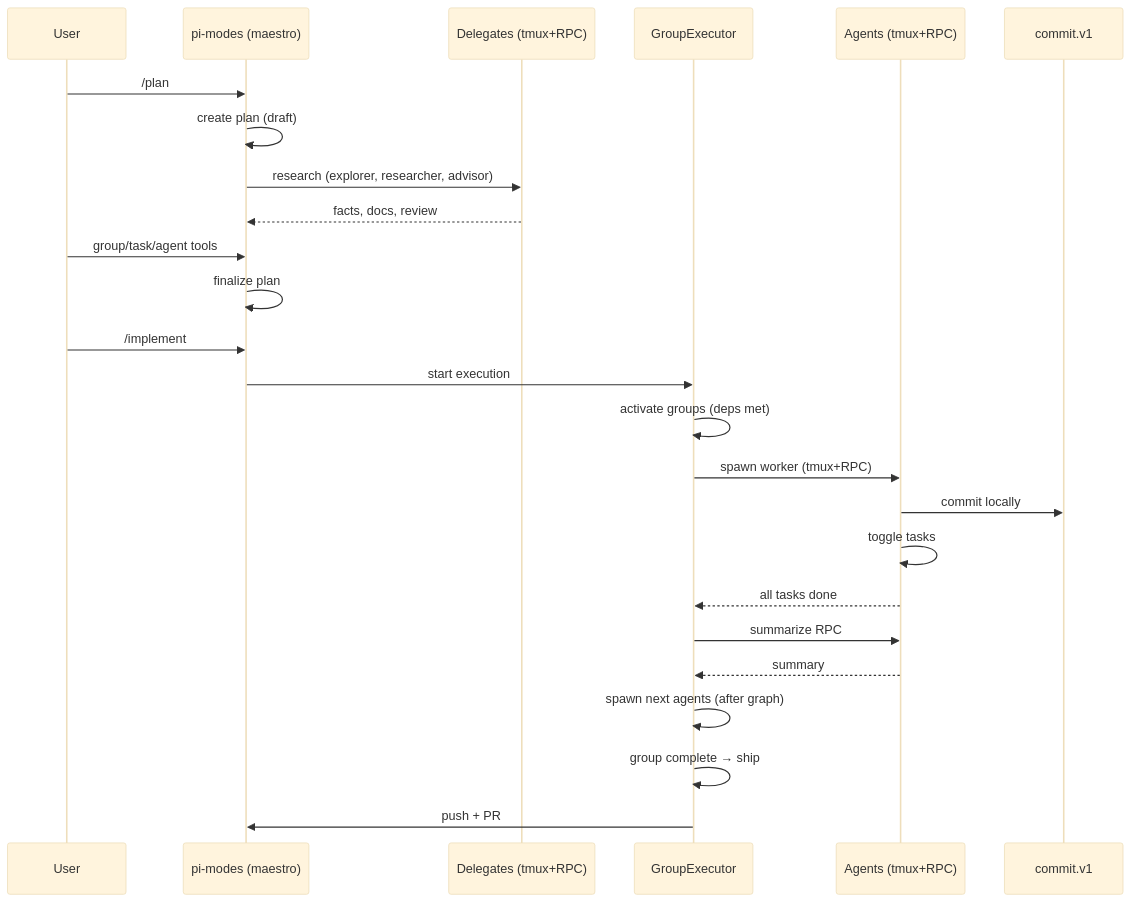
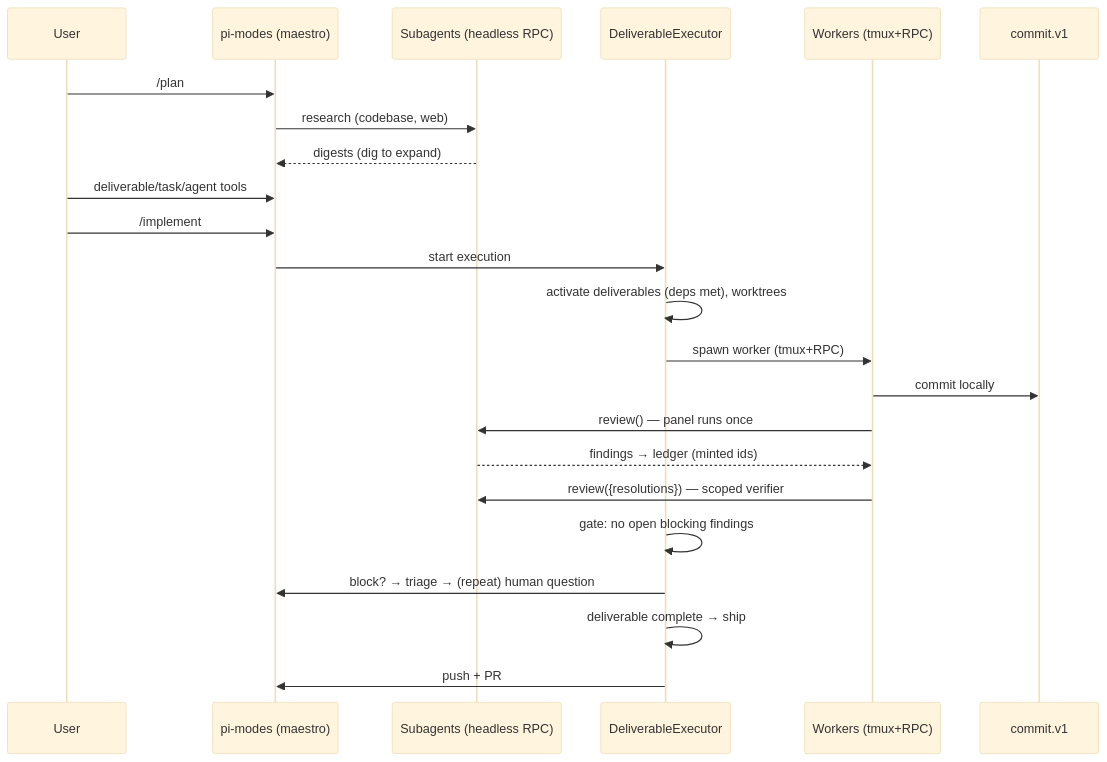
Before and after one commit to vegardx/pi-maestro: the second of 2 diagrams in docs/architecture.md, drawn with Mermaid (base theme). The commit also changed other lines of this file and 12 other files, not shown here.

First line of the commit message:
docs: rebuild against the deliverable model + drift gate

````diff
--- a/docs/architecture.md
+++ b/docs/architecture.md
@@ -84,28 +111,26 @@
 ```mermaid
 sequenceDiagram
 	participant User
 	participant Maestro as pi-modes (maestro)
-	participant Delegates as Delegates (tmux+RPC)
-	participant Executor as GroupExecutor
-	participant Agents as Agents (tmux+RPC)
+	participant Sub as Subagents (headless RPC)
+	participant Executor as DeliverableExecutor
+	participant Worker as Workers (tmux+RPC)
 	participant Commit as commit.v1
 
 	User->>Maestro: /plan
-	Maestro->>Maestro: create plan (draft)
-	Maestro->>Delegates: research (explorer, researcher, advisor)
-	Delegates-->>Maestro: facts, docs, review
-	User->>Maestro: group/task/agent tools
-	Maestro->>Maestro: finalize plan
+	Maestro->>Sub: research (codebase, web)
+	Sub-->>Maestro: digests (dig to expand)
+	User->>Maestro: deliverable/task/agent tools
 	User->>Maestro: /implement
 	Maestro->>Executor: start execution
-	Executor->>Executor: activate groups (deps met)
-	Executor->>Agents: spawn worker (tmux+RPC)
-	Agents->>Commit: commit locally
-	Agents->>Agents: toggle tasks
-	Agents-->>Executor: all tasks done
-	Executor->>Agents: summarize RPC
-	Agents-->>Executor: summary
-	Executor->>Executor: spawn next agents (after graph)
-	Executor->>Executor: group complete → ship
+	Executor->>Executor: activate deliverables (deps met), worktrees
+	Executor->>Worker: spawn worker (tmux+RPC)
+	Worker->>Commit: commit locally
+	Worker->>Sub: review() — panel runs once
+	Sub-->>Worker: findings → ledger (minted ids)
+	Worker->>Sub: review({resolutions}) — scoped verifier
+	Executor->>Executor: gate: no open blocking findings
+	Executor->>Maestro: block? → triage → (repeat) human question
+	Executor->>Executor: deliverable complete → ship
 	Executor->>Maestro: push + PR
 ```
````
